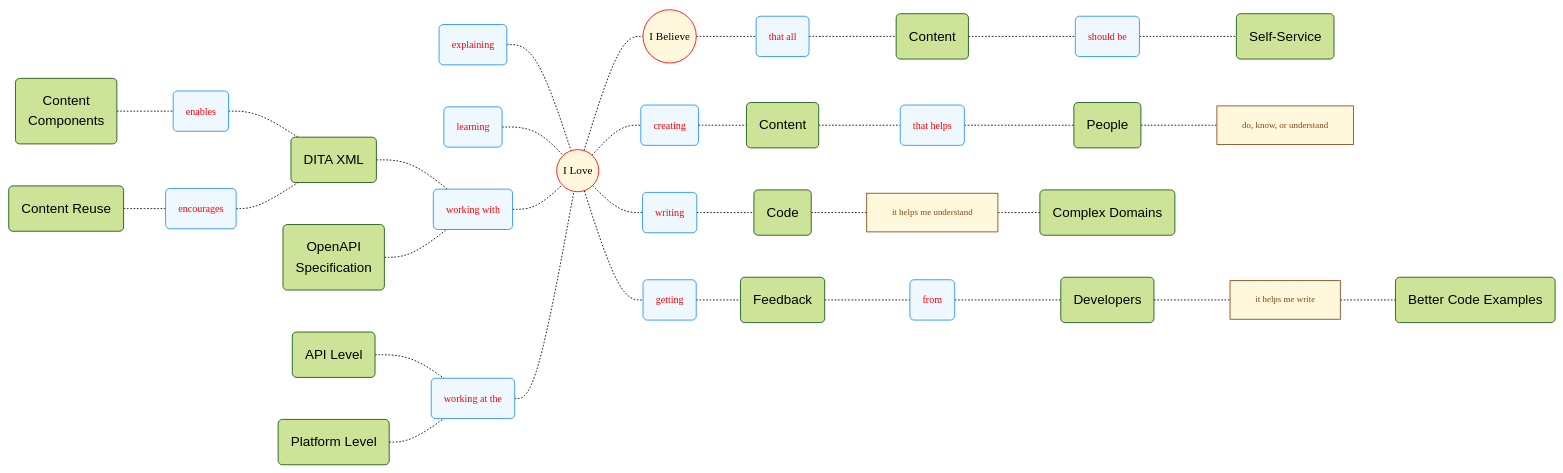
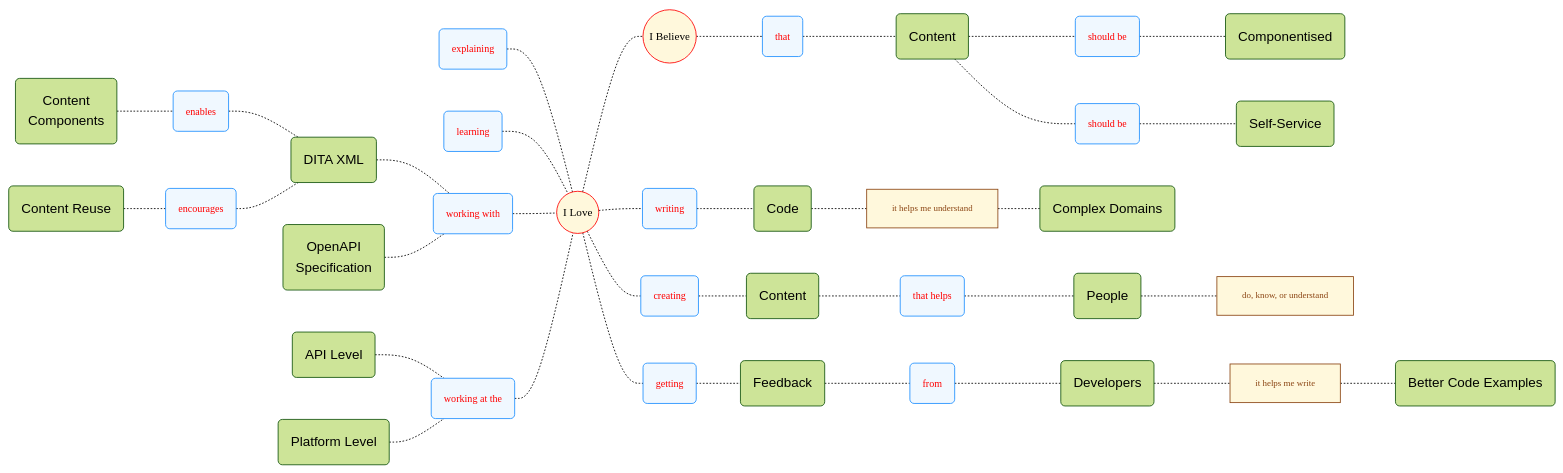
Before and after one commit to joe-dorward/samples: the first of 2 diagrams in my_mindmap.md, drawn with Mermaid.

````diff
--- a/my_mindmap.md
+++ b/my_mindmap.md
@@ -15,6 +15,7 @@
 CODE("Code")
 DITA_XML("DITA XML")
 BETTER_CODE_EXAMPLES("Better Code Examples")
+COMPONENTISED("Componentised")
 
 CONTENT("Content")
 CONTENT_2("Content")
@@ -43,7 +44,8 @@
 LEARNING("learning")
 
 SHOULD_BE("should be")
-THAT_ALL("that all")
+SHOULD_BE_2("should be")
+THAT("that")
 
 WORKING_AT_THE("working at the")
 WORKING_WITH("working with")
@@ -51,7 +53,7 @@
 
 THAT_HELPS("that helps")
 
-class CREATING,ENABLES,ENCOURAGES,EXPLAINING,GETTING,FROM,LEARNING,SHOULD_BE,THAT_ALL,WORKING_AT_THE,WORKING_WITH,WRITING,THAT_HELPS Verb;
+class CREATING,ENABLES,ENCOURAGES,EXPLAINING,GETTING,FROM,LEARNING,SHOULD_BE,SHOULD_BE_2,THAT,WORKING_AT_THE,WORKING_WITH,WRITING,THAT_HELPS Verb;
 
 
 
@@ -91,6 +93,6 @@
 I_LOVE-.-GETTING-.-FEEDBACK-.-FROM-.-DEVELOPERS-.-HELPS_ME_WRITE-.-BETTER_CODE_EXAMPLES
 
 I_LOVE-.-I_BELIEVE
-I_BELIEVE-.-THAT_ALL-.-CONTENT_2-.-SHOULD_BE-.-SELF_SERVICE
-
+I_BELIEVE-.-THAT-.-CONTENT_2-.-SHOULD_BE-.-SELF_SERVICE
+CONTENT_2-.-SHOULD_BE_2-.-COMPONENTISED
 ```
````
